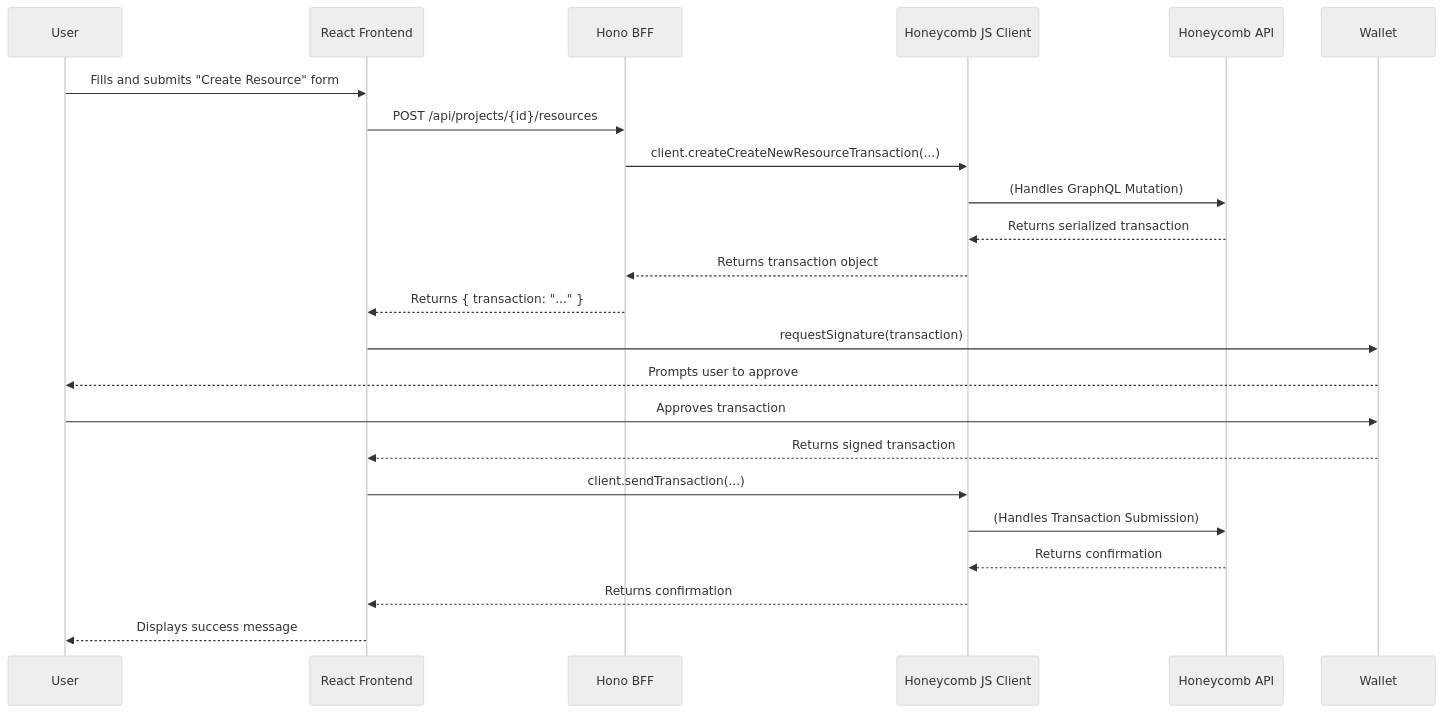
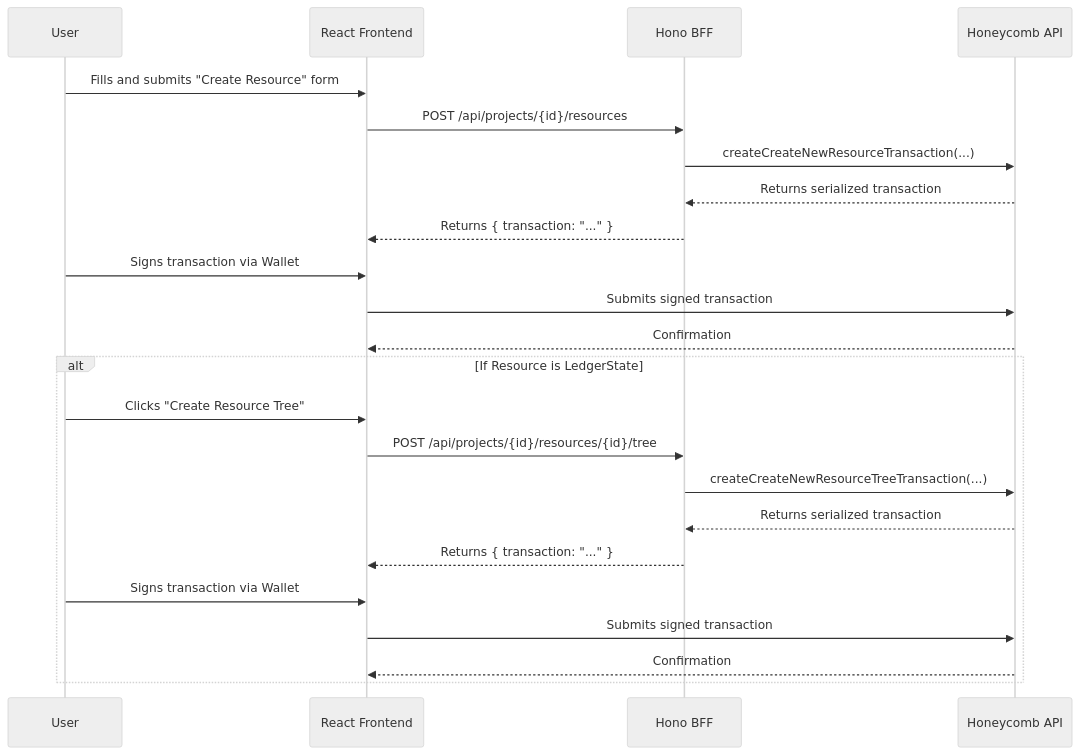
One commit to balojey/honeycomb-dashboard changed the second of 2 diagrams in docs/architecture.md. Above: the diagram before and after it, drawn with Mermaid (neutral theme). The commit also changed other lines of this file and 18 other files, not shown here.

````diff
--- a/docs/architecture.md
+++ b/docs/architecture.md
@@ -214,27 +225,28 @@
 ```mermaid
 sequenceDiagram
     participant User
     participant Frontend as React Frontend
     participant BFF as Hono BFF
-    participant JS_Client as Honeycomb JS Client
     participant HPL_API as Honeycomb API
 
     User->>Frontend: Fills and submits "Create Resource" form
     Frontend->>BFF: POST /api/projects/{id}/resources
-    BFF->>JS_Client: client.createCreateNewResourceTransaction(...)
-    JS_Client->>HPL_API: (Handles GraphQL Mutation)
-    HPL_API-->>JS_Client: Returns serialized transaction
-    JS_Client-->>BFF: Returns transaction object
+    BFF->>HPL_API: createCreateNewResourceTransaction(...)
+    HPL_API-->>BFF: Returns serialized transaction
     BFF-->>Frontend: Returns { transaction: "..." }
     
-    %% Signing flow remains the same %%
-    Frontend->>Wallet: requestSignature(transaction)
-    Wallet-->>User: Prompts user to approve
-    User->>Wallet: Approves transaction
-    Wallet-->>Frontend: Returns signed transaction
-    Frontend->>JS_Client: client.sendTransaction(...)
-    JS_Client->>HPL_API: (Handles Transaction Submission)
-    HPL_API-->>JS_Client: Returns confirmation
-    JS_Client-->>Frontend: Returns confirmation
-    Frontend-->>User: Displays success message
+    User->>Frontend: Signs transaction via Wallet
+    Frontend->>HPL_API: Submits signed transaction
+    HPL_API-->>Frontend: Confirmation
+    
+    alt If Resource is LedgerState
+        User->>Frontend: Clicks "Create Resource Tree"
+        Frontend->>BFF: POST /api/projects/{id}/resources/{id}/tree
+        BFF->>HPL_API: createCreateNewResourceTreeTransaction(...)
+        HPL_API-->>BFF: Returns serialized transaction
+        BFF-->>Frontend: Returns { transaction: "..." }
+        User->>Frontend: Signs transaction via Wallet
+        Frontend->>HPL_API: Submits signed transaction
+        HPL_API-->>Frontend: Confirmation
+    end
 ```
````
